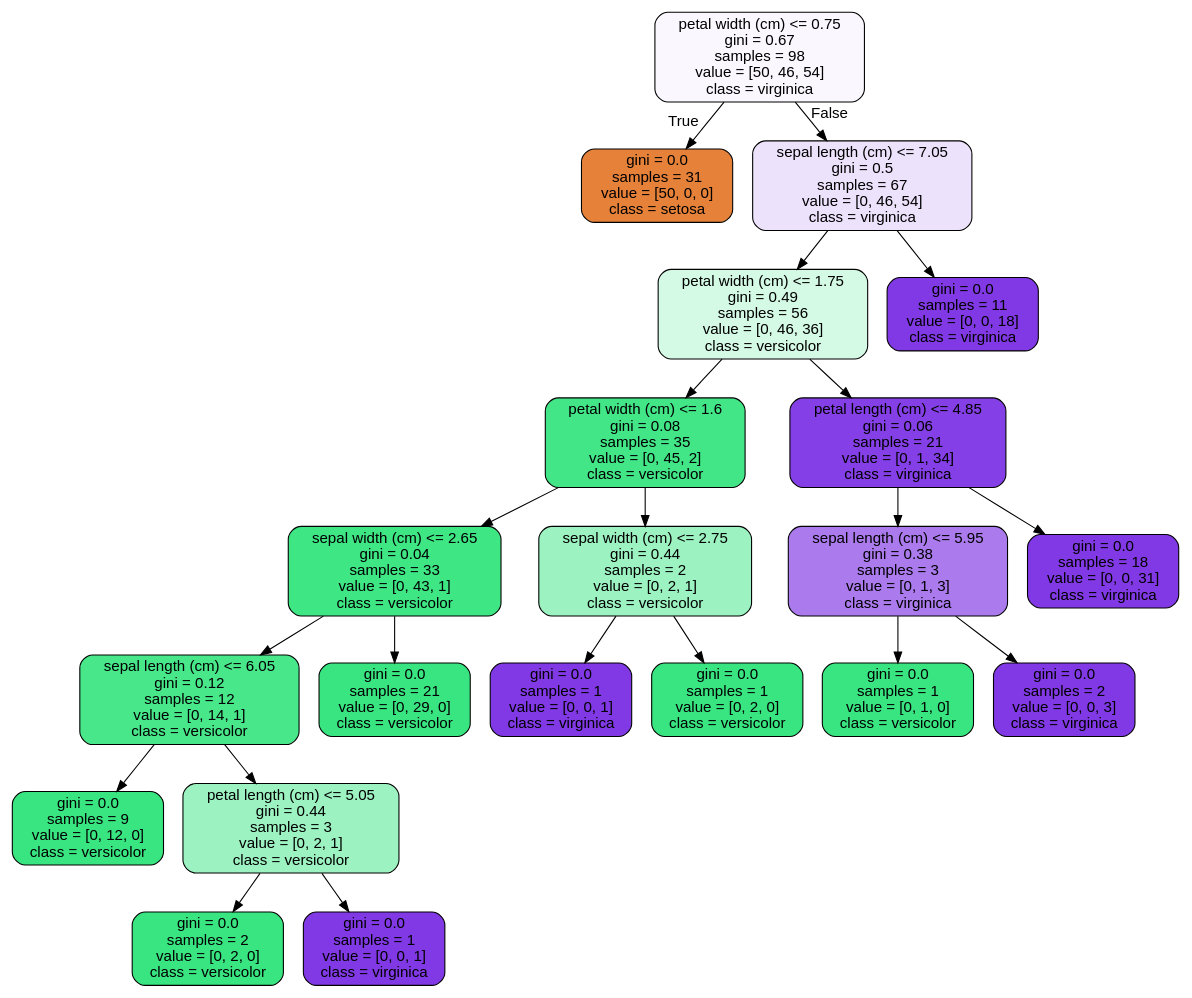
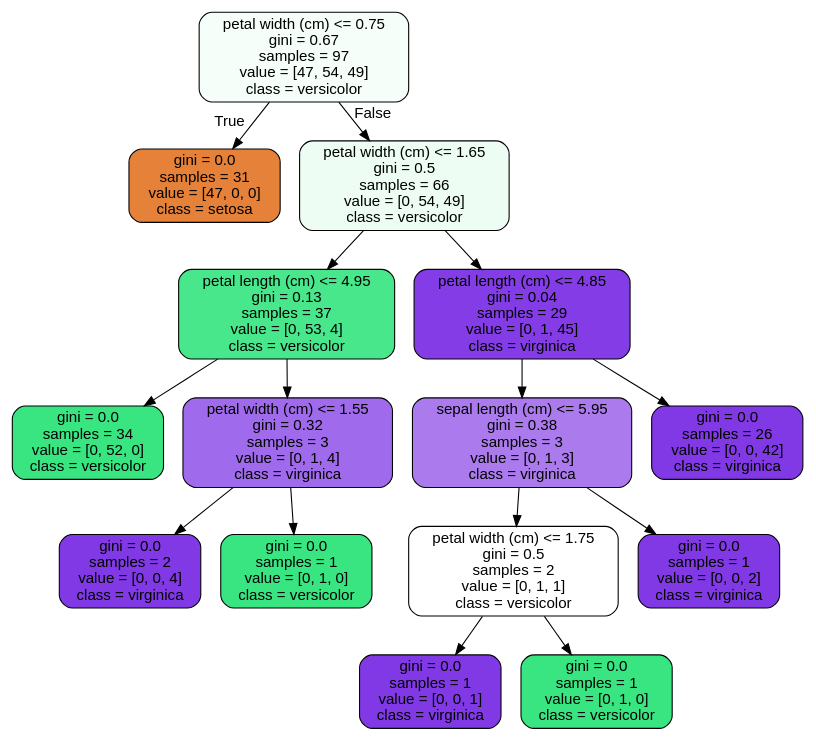
Before and after one commit to ennis-kurt/SpringBoard: the diagram in RandomForest Covid Case Study_06302020/tree.dot, drawn with Graphviz. The commit also changed 4 other files, not shown here.

```diff
--- a/RandomForest Covid Case Study_06302020/tree.dot
+++ b/RandomForest Covid Case Study_06302020/tree.dot
@@ -1,45 +1,33 @@
 digraph Tree {
 node [shape=box, style="filled, rounded", color="black", fontname=helvetica] ;
 edge [fontname=helvetica] ;
-0 [label="petal width (cm) <= 0.75\ngini = 0.67\nsamples = 98\nvalue = [50, 46, 54]\nclass = virginica", fillcolor="#faf7fe"] ;
-1 [label="gini = 0.0\nsamples = 31\nvalue = [50, 0, 0]\nclass = setosa", fillcolor="#e58139"] ;
+0 [label="petal width (cm) <= 0.75\ngini = 0.67\nsamples = 97\nvalue = [47, 54, 49]\nclass = versicolor", fillcolor="#f5fef9"] ;
+1 [label="gini = 0.0\nsamples = 31\nvalue = [47, 0, 0]\nclass = setosa", fillcolor="#e58139"] ;
 0 -> 1 [labeldistance=2.5, labelangle=45, headlabel="True"] ;
-2 [label="sepal length (cm) <= 7.05\ngini = 0.5\nsamples = 67\nvalue = [0, 46, 54]\nclass = virginica", fillcolor="#ece2fb"] ;
+2 [label="petal width (cm) <= 1.65\ngini = 0.5\nsamples = 66\nvalue = [0, 54, 49]\nclass = versicolor", fillcolor="#edfdf3"] ;
 0 -> 2 [labeldistance=2.5, labelangle=-45, headlabel="False"] ;
-3 [label="petal width (cm) <= 1.75\ngini = 0.49\nsamples = 56\nvalue = [0, 46, 36]\nclass = versicolor", fillcolor="#d4f9e4"] ;
+3 [label="petal length (cm) <= 4.95\ngini = 0.13\nsamples = 37\nvalue = [0, 53, 4]\nclass = versicolor", fillcolor="#48e78b"] ;
 2 -> 3 ;
-4 [label="petal width (cm) <= 1.6\ngini = 0.08\nsamples = 35\nvalue = [0, 45, 2]\nclass = versicolor", fillcolor="#42e687"] ;
+4 [label="gini = 0.0\nsamples = 34\nvalue = [0, 52, 0]\nclass = versicolor", fillcolor="#39e581"] ;
 3 -> 4 ;
-5 [label="sepal width (cm) <= 2.65\ngini = 0.04\nsamples = 33\nvalue = [0, 43, 1]\nclass = versicolor", fillcolor="#3ee684"] ;
-4 -> 5 ;
-6 [label="sepal length (cm) <= 6.05\ngini = 0.12\nsamples = 12\nvalue = [0, 14, 1]\nclass = versicolor", fillcolor="#47e78a"] ;
+5 [label="petal width (cm) <= 1.55\ngini = 0.32\nsamples = 3\nvalue = [0, 1, 4]\nclass = virginica", fillcolor="#a06aec"] ;
+3 -> 5 ;
+6 [label="gini = 0.0\nsamples = 2\nvalue = [0, 0, 4]\nclass = virginica", fillcolor="#8139e5"] ;
 5 -> 6 ;
-7 [label="gini = 0.0\nsamples = 9\nvalue = [0, 12, 0]\nclass = versicolor", fillcolor="#39e581"] ;
-6 -> 7 ;
-8 [label="petal length (cm) <= 5.05\ngini = 0.44\nsamples = 3\nvalue = [0, 2, 1]\nclass = versicolor", fillcolor="#9cf2c0"] ;
-6 -> 8 ;
-9 [label="gini = 0.0\nsamples = 2\nvalue = [0, 2, 0]\nclass = versicolor", fillcolor="#39e581"] ;
+7 [label="gini = 0.0\nsamples = 1\nvalue = [0, 1, 0]\nclass = versicolor", fillcolor="#39e581"] ;
+5 -> 7 ;
+8 [label="petal length (cm) <= 4.85\ngini = 0.04\nsamples = 29\nvalue = [0, 1, 45]\nclass = virginica", fillcolor="#843de6"] ;
+2 -> 8 ;
+9 [label="sepal length (cm) <= 5.95\ngini = 0.38\nsamples = 3\nvalue = [0, 1, 3]\nclass = virginica", fillcolor="#ab7bee"] ;
 8 -> 9 ;
-10 [label="gini = 0.0\nsamples = 1\nvalue = [0, 0, 1]\nclass = virginica", fillcolor="#8139e5"] ;
-8 -> 10 ;
-11 [label="gini = 0.0\nsamples = 21\nvalue = [0, 29, 0]\nclass = versicolor", fillcolor="#39e581"] ;
-5 -> 11 ;
-12 [label="sepal width (cm) <= 2.75\ngini = 0.44\nsamples = 2\nvalue = [0, 2, 1]\nclass = versicolor", fillcolor="#9cf2c0"] ;
-4 -> 12 ;
-13 [label="gini = 0.0\nsamples = 1\nvalue = [0, 0, 1]\nclass = virginica", fillcolor="#8139e5"] ;
-12 -> 13 ;
-14 [label="gini = 0.0\nsamples = 1\nvalue = [0, 2, 0]\nclass = versicolor", fillcolor="#39e581"] ;
-12 -> 14 ;
-15 [label="petal length (cm) <= 4.85\ngini = 0.06\nsamples = 21\nvalue = [0, 1, 34]\nclass = virginica", fillcolor="#853fe6"] ;
-3 -> 15 ;
-16 [label="sepal length (cm) <= 5.95\ngini = 0.38\nsamples = 3\nvalue = [0, 1, 3]\nclass = virginica", fillcolor="#ab7bee"] ;
-15 -> 16 ;
-17 [label="gini = 0.0\nsamples = 1\nvalue = [0, 1, 0]\nclass = versicolor", fillcolor="#39e581"] ;
-16 -> 17 ;
-18 [label="gini = 0.0\nsamples = 2\nvalue = [0, 0, 3]\nclass = virginica", fillcolor="#8139e5"] ;
-16 -> 18 ;
-19 [label="gini = 0.0\nsamples = 18\nvalue = [0, 0, 31]\nclass = virginica", fillcolor="#8139e5"] ;
-15 -> 19 ;
-20 [label="gini = 0.0\nsamples = 11\nvalue = [0, 0, 18]\nclass = virginica", fillcolor="#8139e5"] ;
-2 -> 20 ;
+10 [label="petal width (cm) <= 1.75\ngini = 0.5\nsamples = 2\nvalue = [0, 1, 1]\nclass = versicolor", fillcolor="#ffffff"] ;
+9 -> 10 ;
+11 [label="gini = 0.0\nsamples = 1\nvalue = [0, 0, 1]\nclass = virginica", fillcolor="#8139e5"] ;
+10 -> 11 ;
+12 [label="gini = 0.0\nsamples = 1\nvalue = [0, 1, 0]\nclass = versicolor", fillcolor="#39e581"] ;
+10 -> 12 ;
+13 [label="gini = 0.0\nsamples = 1\nvalue = [0, 0, 2]\nclass = virginica", fillcolor="#8139e5"] ;
+9 -> 13 ;
+14 [label="gini = 0.0\nsamples = 26\nvalue = [0, 0, 42]\nclass = virginica", fillcolor="#8139e5"] ;
+8 -> 14 ;
 }
```
